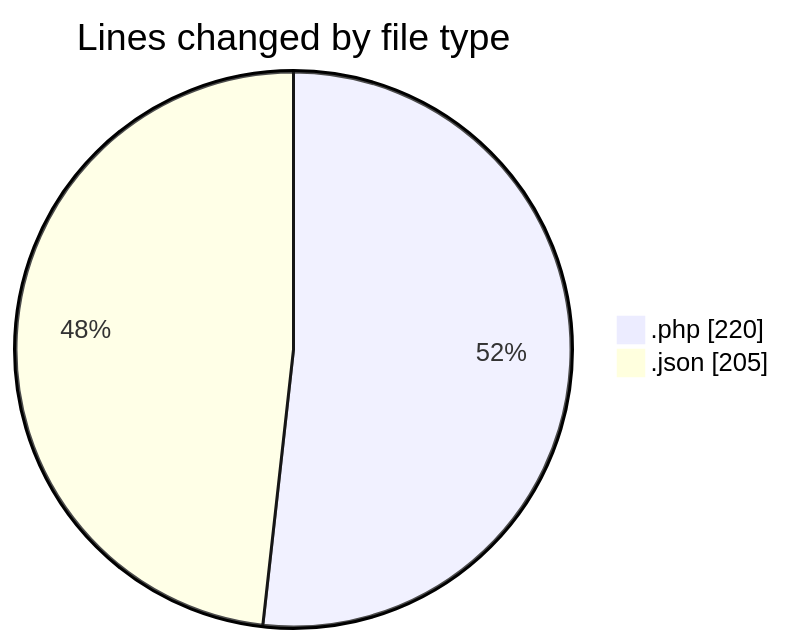
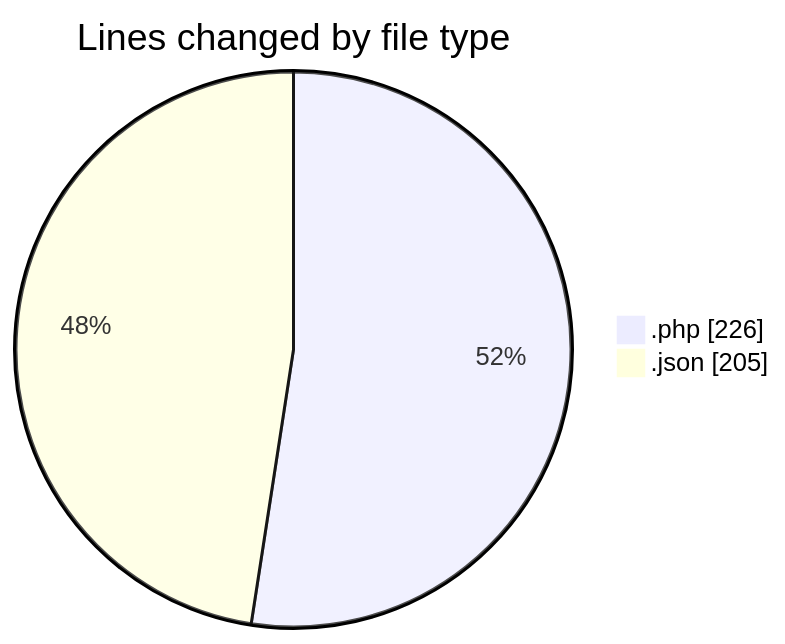
One commit to idhammustaqopulfikri/code-tracking changed the first of 2 diagrams in 2025-04-13/autodidak/README.md. Above: the diagram before and after it, drawn with Mermaid. The commit also changed other lines of this file and 1 other file, not shown here.

````diff
--- a/2025-04-13/autodidak/README.md
+++ b/2025-04-13/autodidak/README.md
@@ -24,6 +24,6 @@
 ```mermaid
 pie showData
 title Lines changed by file type
-".php" : 220
+".php" : 226
 ".json" : 205
 ```
````
